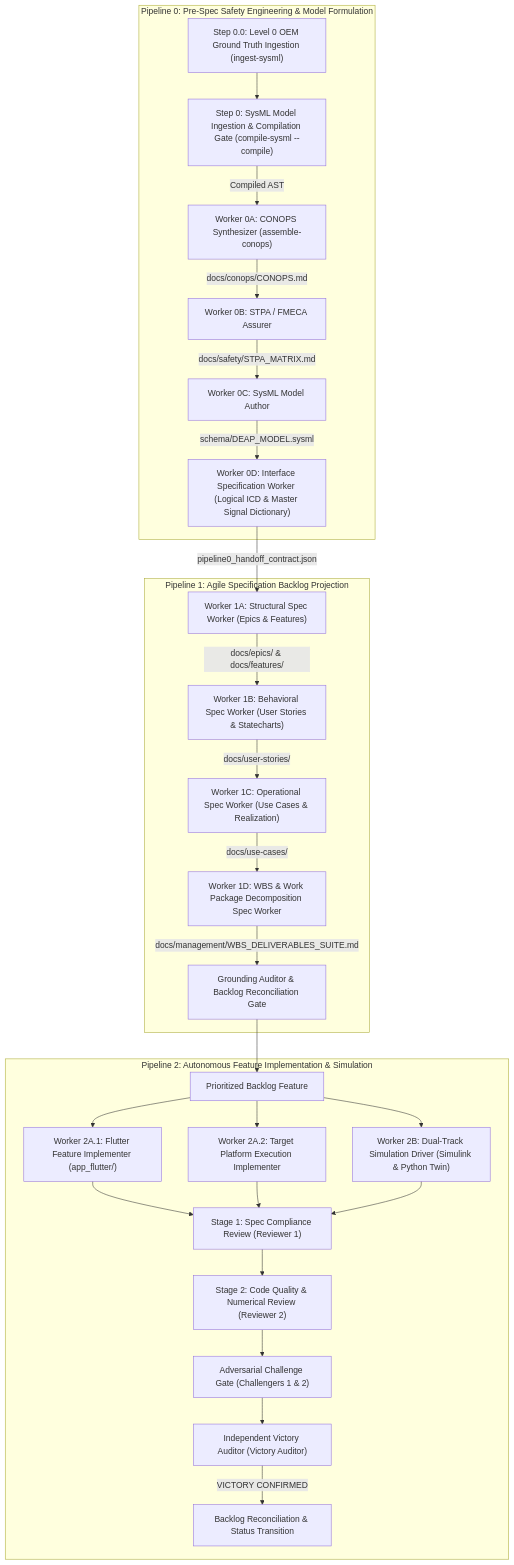
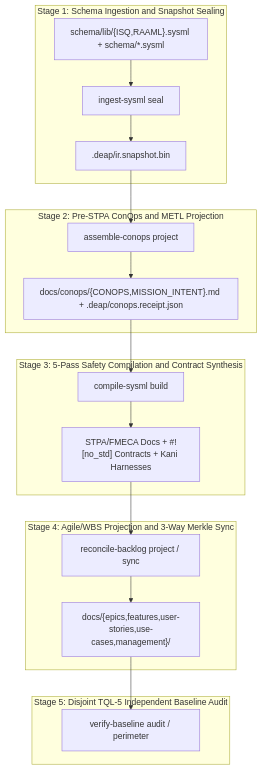
Before and after one commit to gintatkinson/uav03-tst01: the diagram in README.md, drawn with Mermaid. The commit also changed other lines of this file and 129 other files, not shown here.

Commit message:
chore(deap03): distribute stage-10 qualified B_5 toolchain and downstream profiles

````diff
--- a/README.md
+++ b/README.md
@@ -115,30 +121,26 @@
 ```mermaid
 flowchart TD
-    subgraph P0["Pipeline 0: Pre-Spec Safety Engineering & Model Formulation"]
-        Step00["Step 0.0: Level 0 OEM Ground Truth Ingestion (ingest-sysml)"] --> Step0["Step 0: SysML Model Ingestion & Compilation Gate (compile-sysml --compile)"]
-        Step0 -->|"Compiled AST"| W0A["Worker 0A: CONOPS Synthesizer (assemble-conops)"]
-        W0A -->|"docs/conops/CONOPS.md"| W0B["Worker 0B: STPA / FMECA Assurer"]
-        W0B -->|"docs/safety/STPA_MATRIX.md"| W0C["Worker 0C: SysML Model Author"]
-        W0C -->|"schema/DEAP_MODEL.sysml"| W0D["Worker 0D: Interface Specification Worker (Logical ICD & Master Signal Dictionary)"]
+    subgraph Stage1["Stage 1: Schema Ingestion and Snapshot Sealing"]
+        SchemaDir["schema/lib/{ISQ,RAAML}.sysml + schema/*.sysml"] --> Ingest["ingest-sysml seal"]
+        Ingest --> Snapshot[".deap/ir.snapshot.bin"]
     end
 
-    subgraph P1["Pipeline 1: Agile Specification Backlog Projection"]
-        W0D -->|"pipeline0_handoff_contract.json"| W1A["Worker 1A: Structural Spec Worker (Epics & Features)"]
-        W1A -->|"docs/epics/ & docs/features/"| W1B["Worker 1B: Behavioral Spec Worker (User Stories & Statecharts)"]
-        W1B -->|"docs/user-stories/"| W1C["Worker 1C: Operational Spec Worker (Use Cases & Realization)"]
-        W1C -->|"docs/use-cases/"| W1D["Worker 1D: WBS & Work Package Decomposition Spec Worker"]
-        W1D -->|"docs/management/WBS_DELIVERABLES_SUITE.md"| Reconcile["Grounding Auditor & Backlog Reconciliation Gate"]
+    subgraph Stage2["Stage 2: Pre-STPA ConOps and METL Projection"]
+        Snapshot --> Conops["assemble-conops project"]
+        Conops --> ConopsDocs["docs/conops/{CONOPS,MISSION_INTENT}.md + .deap/conops.receipt.json"]
     end
 
-    subgraph P2["Pipeline 2: Autonomous Feature Implementation & Simulation"]
-        Reconcile --> Backlog["Prioritized Backlog Feature"]
-        Backlog --> W2A1["Worker 2A.1: Flutter Feature Implementer (app_flutter/)"]
-        Backlog --> W2A2["Worker 2A.2: Target Platform Execution Implementer"]
-        Backlog --> W2B["Worker 2B: Dual-Track Simulation Driver (Simulink & Python Twin)"]
-        W2A1 & W2A2 & W2B --> Rev1["Stage 1: Spec Compliance Review (Reviewer 1)"]
-        Rev1 --> Rev2["Stage 2: Code Quality & Numerical Review (Reviewer 2)"]
-        Rev2 --> Chall["Adversarial Challenge Gate (Challengers 1 & 2)"]
-        Chall --> Victory["Independent Victory Auditor (Victory Auditor)"]
-        Victory -->|"VICTORY CONFIRMED"| Release["Backlog Reconciliation & Status Transition"]
+    subgraph Stage3["Stage 3: 5-Pass Safety Compilation and Contract Synthesis"]
+        ConopsDocs --> Compile["compile-sysml build"]
+        Compile --> SafetyOut["STPA/FMECA Docs + #![no_std] Contracts + Kani Harnesses"]
+    end
+
+    subgraph Stage4["Stage 4: Agile/WBS Projection and 3-Way Merkle Sync"]
+        SafetyOut --> Reconcile["reconcile-backlog project / sync"]
+        Reconcile --> BacklogOut["docs/{epics,features,user-stories,use-cases,management}/"]
+    end
+
+    subgraph Stage5["Stage 5: Disjoint TQL-5 Independent Baseline Audit"]
+        BacklogOut --> Audit["verify-baseline audit / perimeter"]
     end
 ```
````
